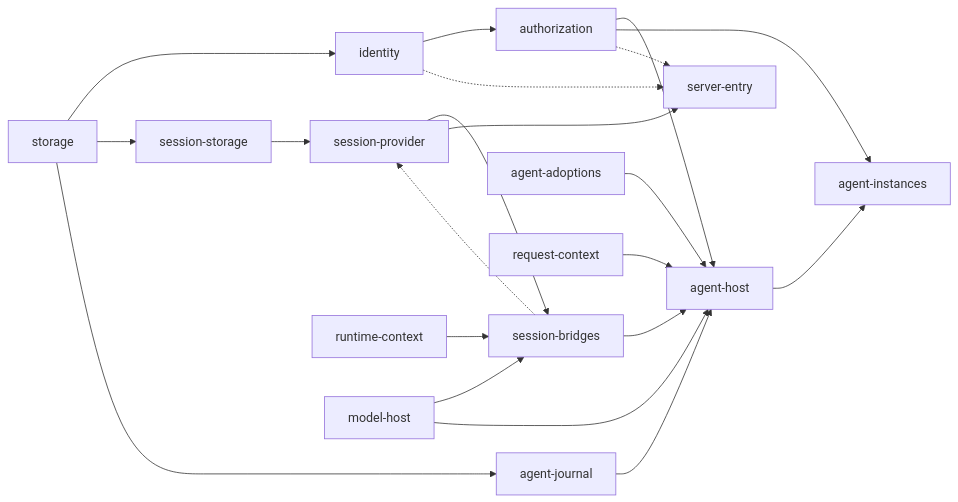
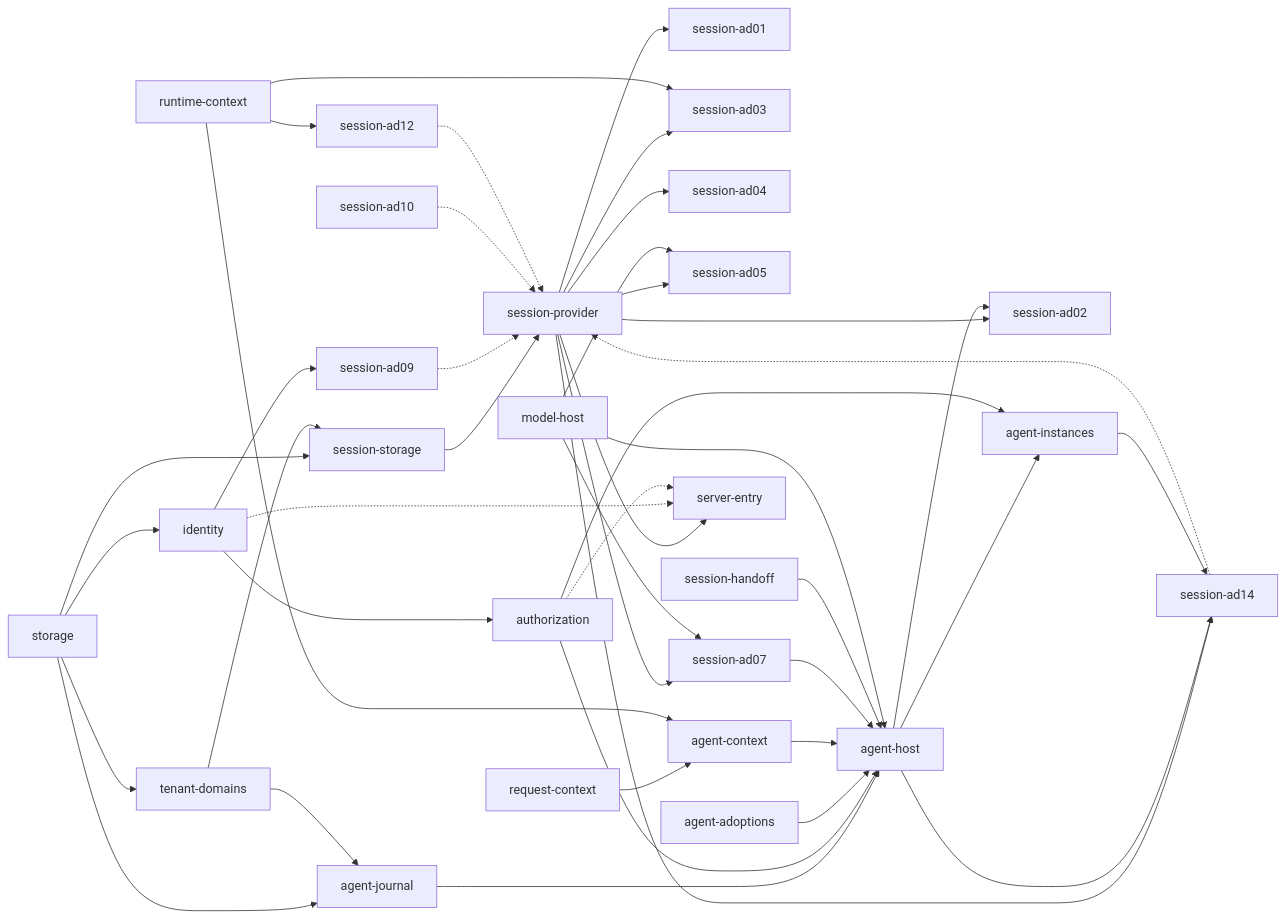
Before and after one commit to nemori-ai/omne-harness-lite: the diagram in docs/architecture/runtime/application-assembly.md, drawn with Mermaid. The commit also changed other lines of this file, not shown here.

First line of the commit message:
docs(architecture): 应用装配复核修复（#677 r2）

````diff
--- a/docs/architecture/runtime/application-assembly.md
+++ b/docs/architecture/runtime/application-assembly.md
@@ -44,23 +67,44 @@
 ```mermaid
 flowchart LR
+  storage --> tenant-domains
   storage --> identity
   storage --> session-storage
+  tenant-domains --> session-storage
   storage --> agent-journal
+  tenant-domains --> agent-journal
   identity --> authorization
   session-storage --> session-provider
-  session-provider --> session-bridges
-  runtime-context --> session-bridges
-  model-host --> session-bridges
+  session-provider --> session-ad01
+  session-provider --> session-ad02
+  session-provider --> session-ad03
+  session-provider --> session-ad04
+  session-provider --> session-ad05
+  session-provider --> session-ad07
+  session-provider --> session-ad14
+  runtime-context --> session-ad03
+  runtime-context --> session-ad12
+  model-host --> session-ad05
+  model-host --> session-ad07
+  identity --> session-ad09
+  agent-host --> session-ad02
+  agent-host --> session-ad14
+  agent-instances --> session-ad14
+  request-context --> agent-context
+  runtime-context --> agent-context
   agent-journal --> agent-host
   authorization --> agent-host
   agent-adoptions --> agent-host
-  request-context --> agent-host
-  session-bridges --> agent-host
+  agent-context --> agent-host
+  session-ad07 --> agent-host
+  session-handoff --> agent-host
   model-host --> agent-host
   agent-host --> agent-instances
   authorization --> agent-instances
   session-provider --> server-entry
-  session-bridges -.-> session-provider
+  session-ad09 -.-> session-provider
+  session-ad10 -.-> session-provider
+  session-ad12 -.-> session-provider
+  session-ad14 -.-> session-provider
   identity -.-> server-entry
   authorization -.-> server-entry
 ```
````
